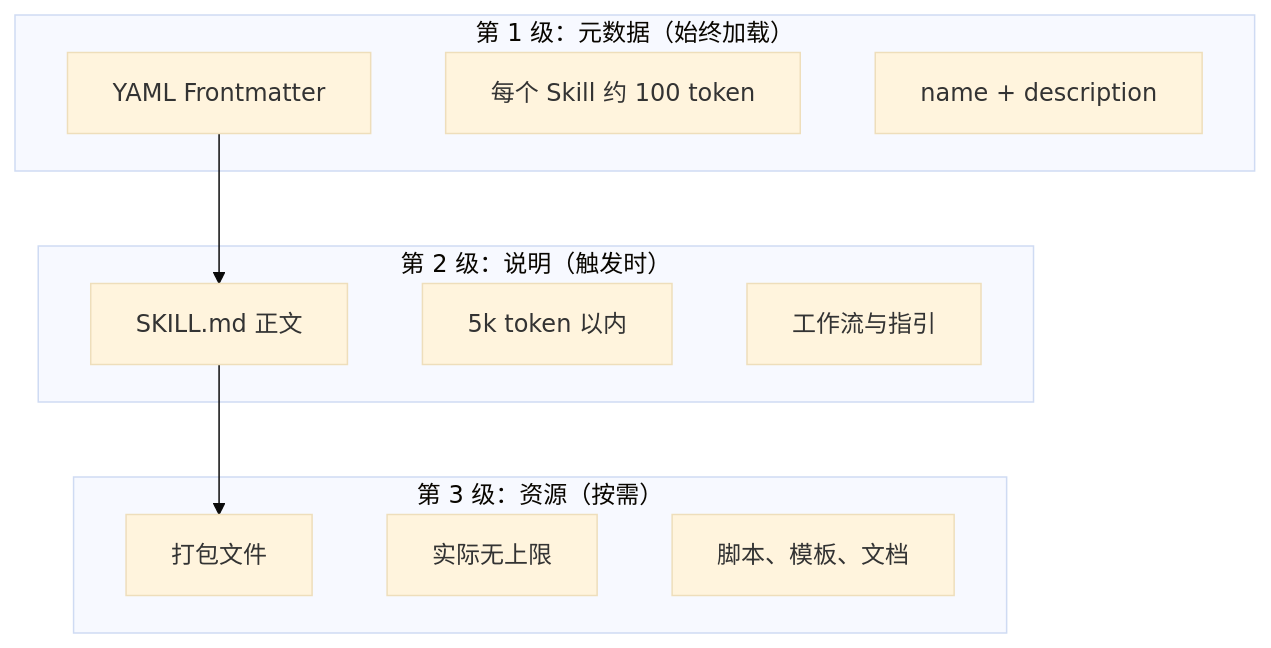
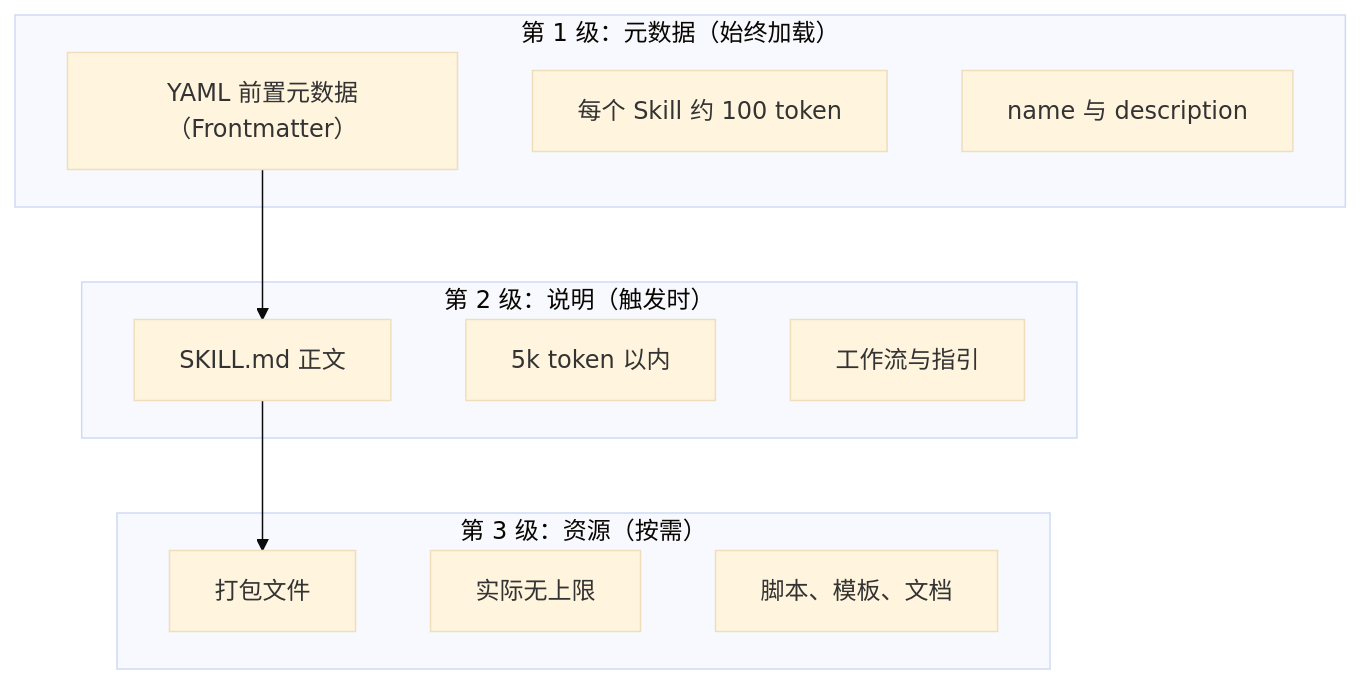
The first of 2 diagrams in 03-skills/README.md (wgqi1126/claude-howto-zh-cn), drawn with Mermaid (base theme) before and after one commit. The commit also changed other lines of this file and 58 other files, not shown here.

````diff
--- a/03-skills/README.md
+++ b/03-skills/README.md
@@ -37,23 +37,23 @@
 ```mermaid
 graph TB
     subgraph "第 1 级：元数据（始终加载）"
-        A["YAML Frontmatter"]
+        A["YAML 前置元数据（Frontmatter）"]
         A1["每个 Skill 约 100 token"]
-        A2["name + description"]
+        A2["name 与 description"]
     end
 
     subgraph "第 2 级：说明（触发时）"
         B["SKILL.md 正文"]
         B1["5k token 以内"]
         B2["工作流与指引"]
     end
 
     subgraph "第 3 级：资源（按需）"
         C["打包文件"]
         C1["实际无上限"]
         C2["脚本、模板、文档"]
     end
 
     A --> B
     B --> C
 ```
````
